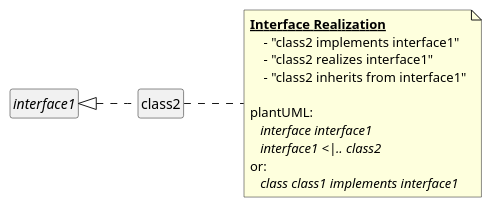
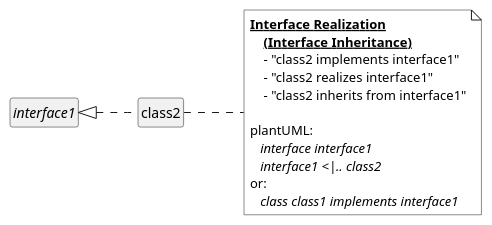
Diagram 14 of 32 in uml_markdown_summary.md (chraxo/UmlMarkdownCheatSheet), drawn with PlantUML before and after one commit. The commit also changed other lines of this file, not shown here.

```diff
--- a/uml_markdown_summary.md
+++ b/uml_markdown_summary.md
@@ -544,25 +501,31 @@
 @startuml
-    skinparam classFontName Consolas
-    skinparam classAttributeFontName Consolas
     skinparam noteFontName Consolas
+    skinparam legendFontName Consolas
+    skinparam noteBackgroundColor white
+    skinparam legendBackgroundColor white
+    skinparam legendBorderColor white
+    'skinparam DiagramBorderColor black
+    'skinparam DiagramBorderThickness 2
+    skinparam style strictuml
+    'skinparam monochrome true
 
     hide empty members
     left to right direction
-    skinparam style strictuml
 
     interface interface1
     interface1 <|.. class2
 
     note right 
         **__Interface Realization__**
+            **__(Interface Inheritance)__**
             - "class2 implements interface1"
             - "class2 realizes interface1"
             - "class2 inherits from interface1"
         
         plantUML: 
            //interface interface1//
            //interface1 <|.. class2//
         or:
            //class class1 implements interface1//
     end note
 @enduml
```
